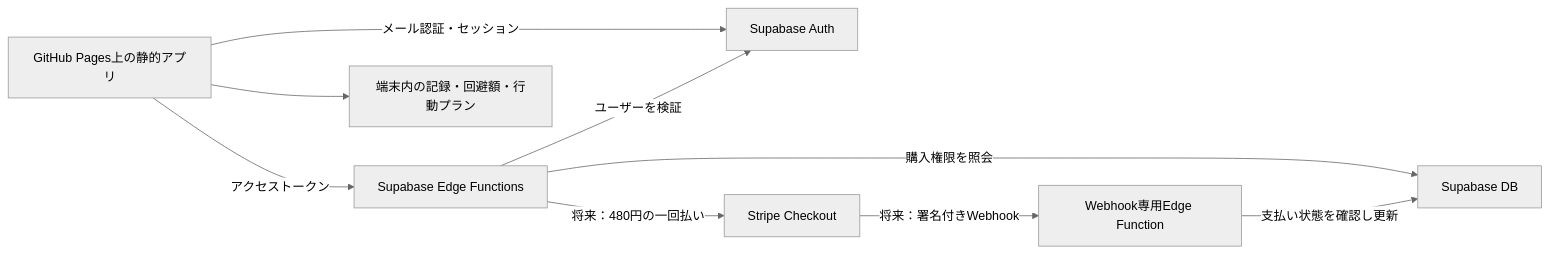
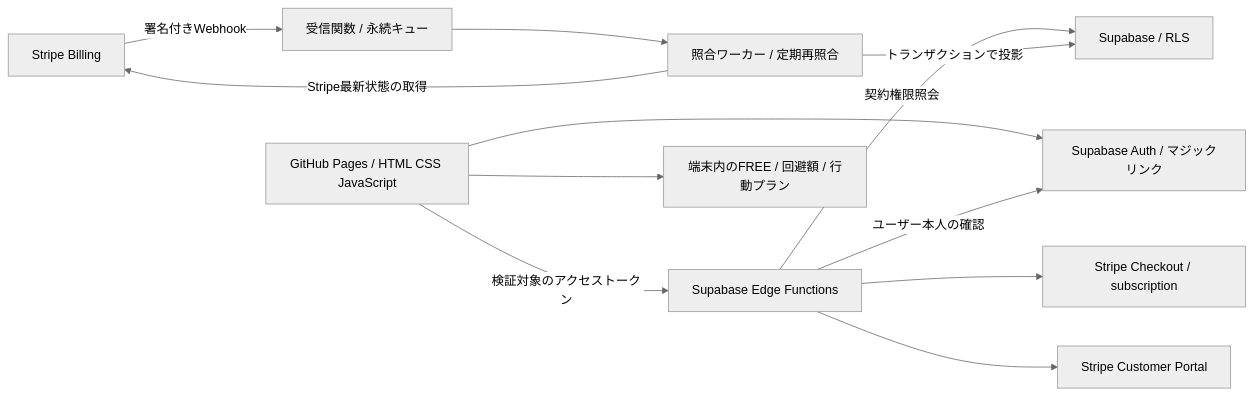
The diagram in docs/supabase-auth-entitlements-design.md (kacchan-lab/hazure-no-kioku), drawn with Mermaid (neutral theme) before and after one commit. The commit also changed other lines of this file and 18 other files, not shown here.

Commit message:
Design monthly PLUS subscriptions and harden billing schema

````diff
--- a/docs/supabase-auth-entitlements-design.md
+++ b/docs/supabase-auth-entitlements-design.md
@@ -17,11 +7,14 @@
 ```mermaid
 flowchart LR
-  Browser[GitHub Pages上の静的アプリ] -->|メール認証・セッション| Auth[Supabase Auth]
-  Browser -->|アクセストークン| API[Supabase Edge Functions]
-  API -->|ユーザーを検証| Auth
-  API -->|購入権限を照会| DB[Supabase DB]
-  Browser --> Local[端末内の記録・回避額・行動プラン]
-  API -->|将来：480円の一回払い| Stripe[Stripe Checkout]
-  Stripe -->|将来：署名付きWebhook| Hook[Webhook専用Edge Function]
-  Hook -->|支払い状態を確認し更新| DB
+  Page[GitHub Pages / HTML CSS JavaScript] --> Auth[Supabase Auth / マジックリンク]
+  Page -->|検証対象のアクセストークン| API[Supabase Edge Functions]
+  API -->|ユーザー本人の確認| Auth
+  API -->|契約権限照会| DB[Supabase / RLS]
+  API --> Checkout[Stripe Checkout / subscription]
+  API --> Portal[Stripe Customer Portal]
+  Stripe[Stripe Billing] -->|署名付きWebhook| Hook[受信関数 / 永続キュー]
+  Hook --> Worker[照合ワーカー / 定期再照合]
+  Worker -->|Stripe最新状態の取得| Stripe
+  Worker -->|トランザクションで投影| DB
+  Page --> Local[端末内のFREE / 回避額 / 行動プラン]
 ```
````
